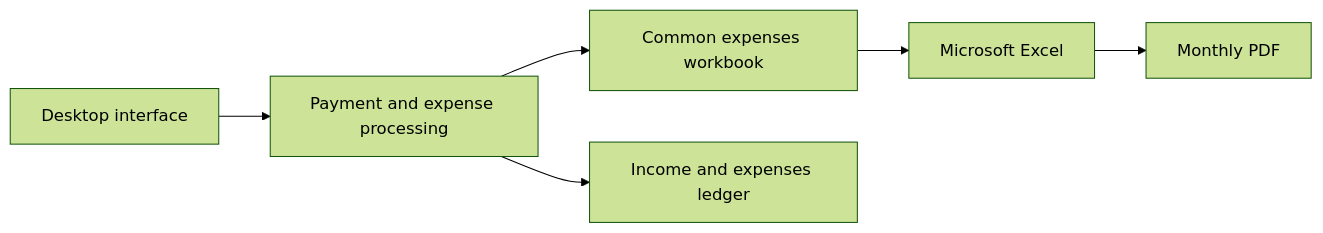
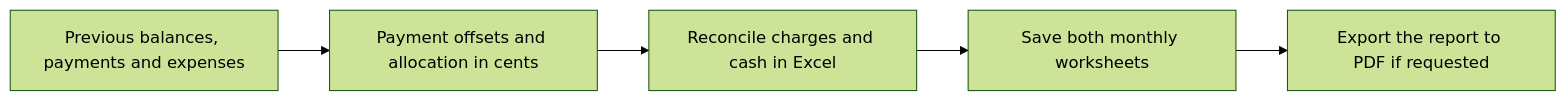
Before and after one commit to VasiliosValatsos/building-expense-manager: the diagram in README.md, drawn with Mermaid (forest theme). The commit also changed other lines of this file and 12 other files, not shown here.

````diff
--- a/README.md
+++ b/README.md
@@ -22,8 +24,7 @@
 ```mermaid
 flowchart LR
-    A[Desktop interface] --> B[Payment and expense processing]
-    B --> C[Common expenses workbook]
-    B --> D[Income and expenses ledger]
-    C --> E[Microsoft Excel]
-    E --> F[Monthly PDF]
+    A["Previous balances, payments and expenses"] --> B["Payment offsets and allocation in cents"]
+    B --> C["Reconcile charges and cash in Excel"]
+    C --> D["Save both monthly worksheets"]
+    D --> E["Export the report to PDF if requested"]
 ```
````
